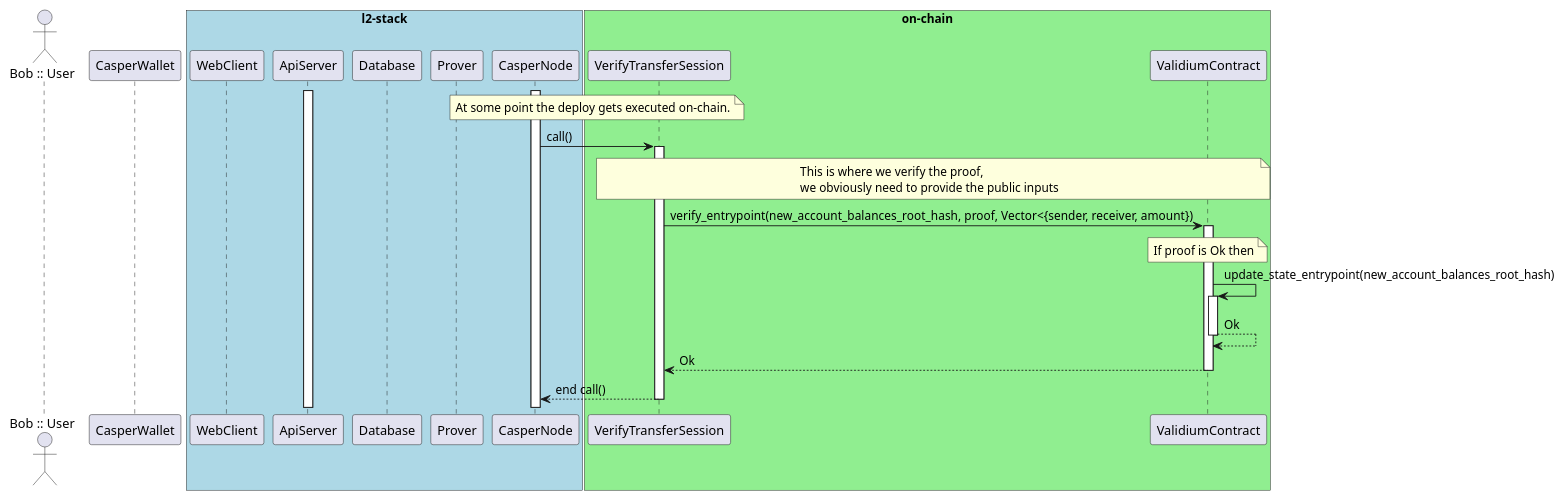
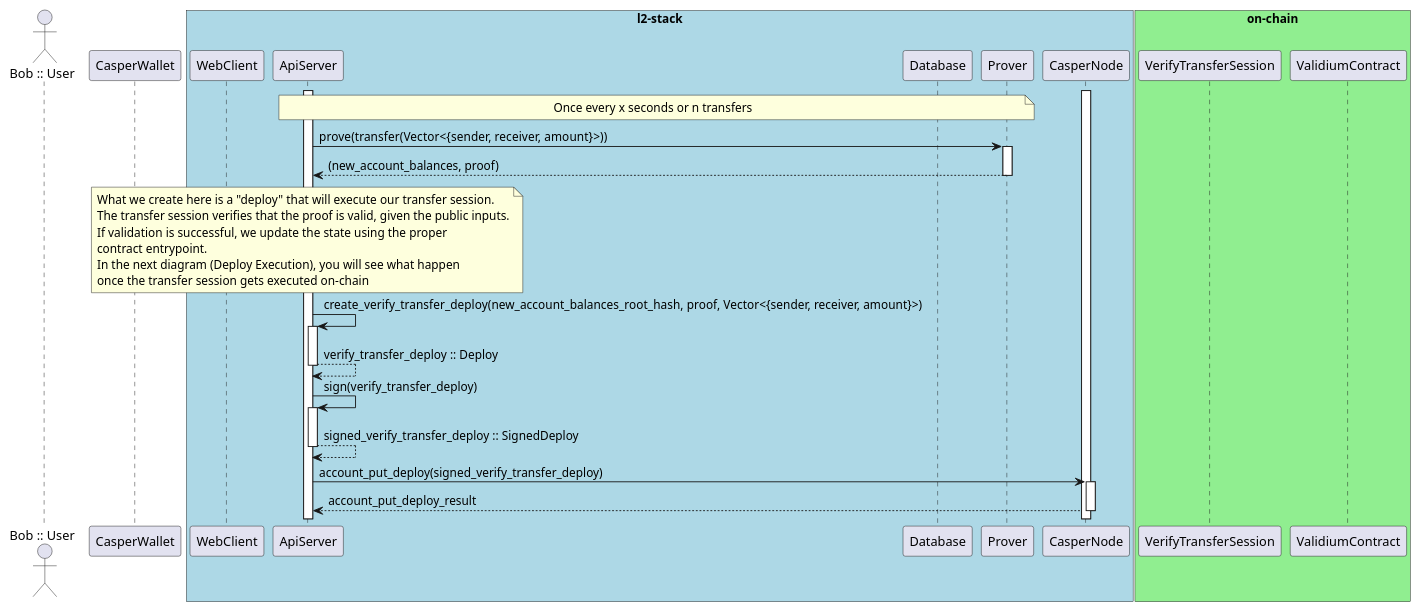
The diagram in diagrams/transfer_sequence_diagram_l2_prove_deploy.puml (cspr-rad/kairos-spec), drawn with PlantUML before and after one commit. The commit also changed other lines of this file and 1 other file, not shown here.

Commit message:
diagrams: fix accidental mixup

```diff
--- a/diagrams/transfer_sequence_diagram_l2_prove_deploy.puml
+++ b/diagrams/transfer_sequence_diagram_l2_prove_deploy.puml
@@ -1,40 +2,42 @@
 @startuml
 autoactivate on
 actor "Bob :: User" as Bob
 participant CasperWallet
 box "l2-stack" #LightBlue
 participant WebClient
 participant ApiServer
 participant Database
 participant Prover
 participant CasperNode
 end box
 box "on-chain" #LightGreen
 participant VerifyTransferSession
 participant ValidiumContract
 end box
 
 activate CasperNode
 activate ApiServer
 
-note over CasperNode, VerifyTransferSession
-At some point the deploy gets executed on-chain.
+note over ApiServer, Prover
+Once every x seconds or n transfers
 end note
+ApiServer -> Prover: prove(transfer(Vector<{sender, receiver, amount}>))
+Prover --> ApiServer: (new_account_balances, proof)
 
-CasperNode -> VerifyTransferSession: call()
+note over ApiServer
+What we create here is a "deploy" that will execute our transfer session.
+The transfer session verifies that the proof is valid, given the public inputs.
+If validation is successful, we update the state using the proper
+contract entrypoint.
+In the next diagram (Deploy Execution), you will see what happen 
+once the transfer session gets executed on-chain
+end note
+ApiServer -> ApiServer: create_verify_transfer_deploy(new_account_balances_root_hash, proof, Vector<{sender, receiver, amount}>)
+ApiServer --> ApiServer: verify_transfer_deploy :: Deploy
 
-note over VerifyTransferSession, ValidiumContract
-This is where we verify the proof,
-we obviously need to provide the public inputs
-end note
+ApiServer -> ApiServer: sign(verify_transfer_deploy)
+ApiServer --> ApiServer: signed_verify_transfer_deploy :: SignedDeploy
 
-VerifyTransferSession -> ValidiumContract: verify_entrypoint(new_account_balances_root_hash, proof, Vector<{sender, receiver, amount})
-
-note over ValidiumContract, ValidiumContract
-If proof is Ok then
-end note
-ValidiumContract -> ValidiumContract: update_state_entrypoint(new_account_balances_root_hash)
-ValidiumContract --> ValidiumContract: Ok
-ValidiumContract --> VerifyTransferSession: Ok 
-VerifyTransferSession --> CasperNode: end call()
+ApiServer -> CasperNode: account_put_deploy(signed_verify_transfer_deploy)
+CasperNode --> ApiServer: account_put_deploy_result
 @enduml
```
